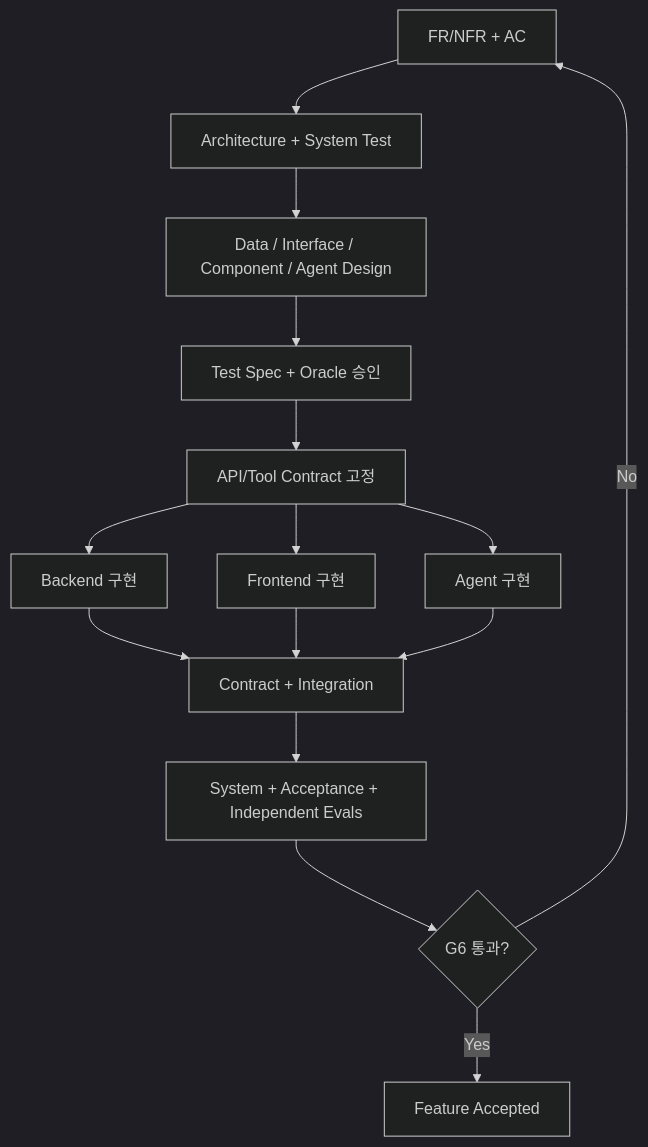
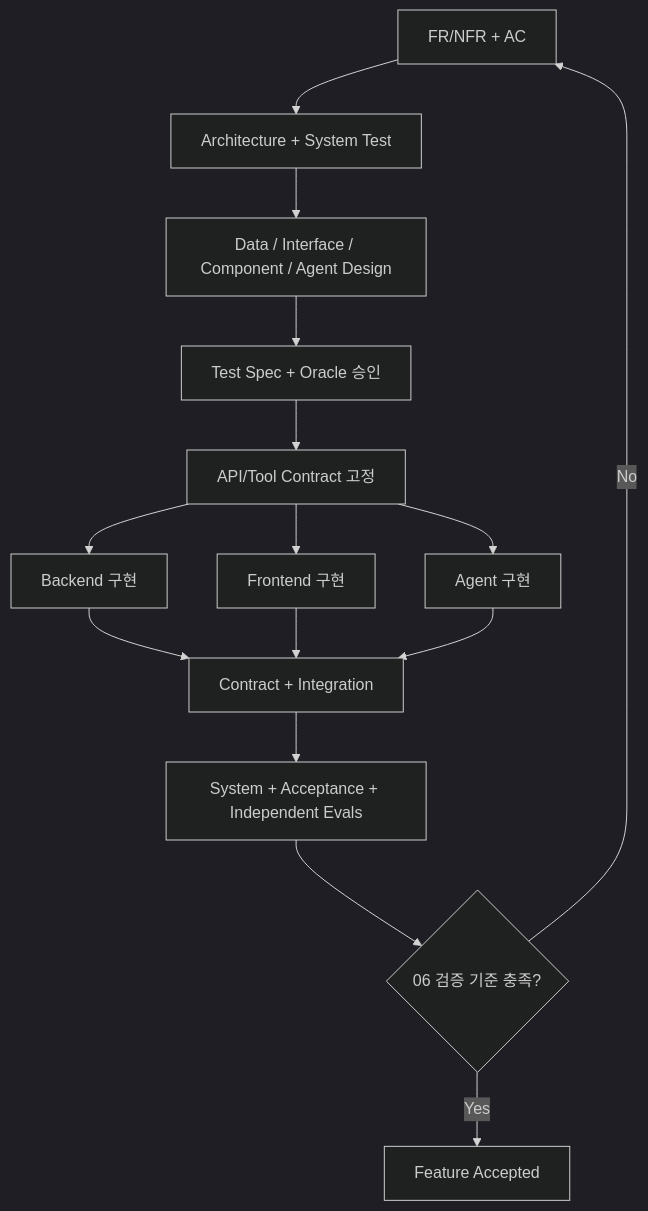
The second of 2 diagrams in docs/SDLC_Methodology_v3_1.md (0Cracker/AI-native-SLDC), drawn with Mermaid (dark theme) before and after one commit. The commit also changed other lines of this file and 20 other files, not shown here.

````diff
--- a/docs/SDLC_Methodology_v3_1.md
+++ b/docs/SDLC_Methodology_v3_1.md
@@ -732,17 +736,17 @@
 ```mermaid
 flowchart TB
   R[FR/NFR + AC] --> A[Architecture + System Test]
   A --> D[Data / Interface / Component / Agent Design]
   D --> T[Test Spec + Oracle 승인]
   T --> C[API/Tool Contract 고정]
   C --> BACK[Backend 구현]
   C --> FRONT[Frontend 구현]
   C --> AGENT[Agent 구현]
   BACK --> INT[Contract + Integration]
   FRONT --> INT
   AGENT --> INT
   INT --> SYS[System + Acceptance + Independent Evals]
-  SYS --> G{G6 통과?}
+  SYS --> G{06 검증 기준 충족?}
   G -->|No| R
   G -->|Yes| DONE[Feature Accepted]
 ```
````
